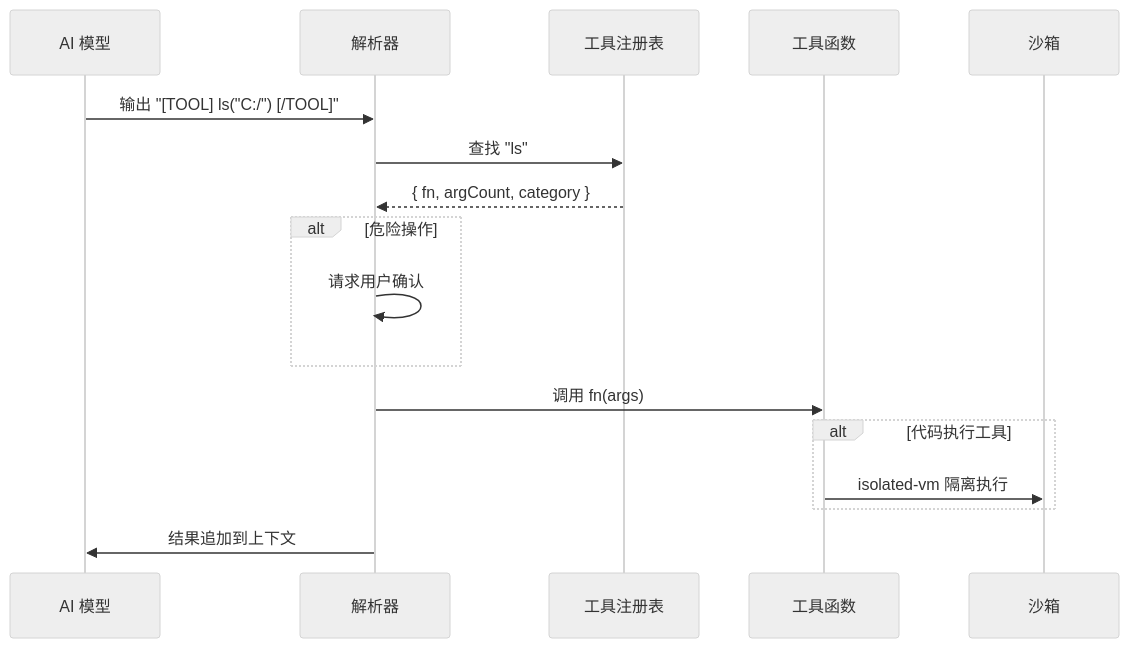
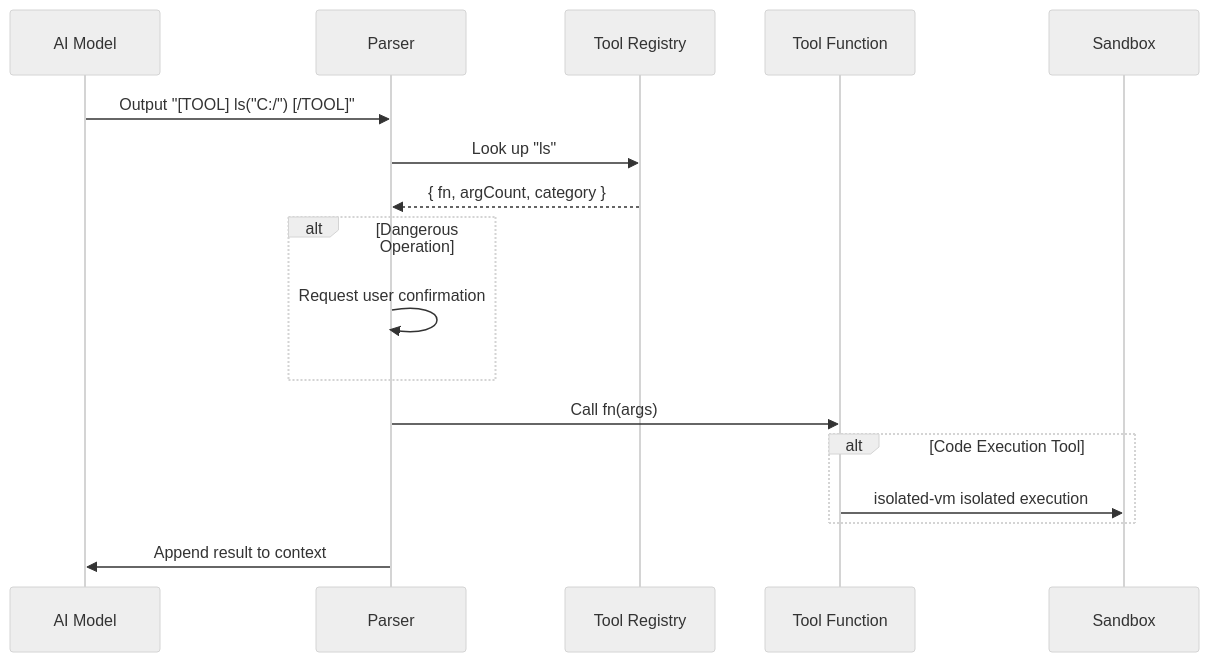
Before and after one commit to 1486853830/CogitoAgent: the fourth of 6 diagrams in README.md, drawn with Mermaid (neutral theme). The commit also changed other lines of this file and 2 other files, not shown here.

````diff
--- a/README.md
+++ b/README.md
@@ -1631,24 +1631,24 @@
 ```mermaid
 sequenceDiagram
-    participant AI as AI 模型
-    participant Parser as 解析器
-    participant Registry as 工具注册表
-    participant Tool as 工具函数
-    participant Sandbox as 沙箱
+    participant AI as AI Model
+    participant Parser as Parser
+    participant Registry as Tool Registry
+    participant Tool as Tool Function
+    participant Sandbox as Sandbox
     
-    AI->>Parser: 输出 "[TOOL] ls("C:/") [/TOOL]"
-    Parser->>Registry: 查找 "ls"
+    AI->>Parser: Output "[TOOL] ls("C:/") [/TOOL]"
+    Parser->>Registry: Look up "ls"
     Registry-->>Parser: { fn, argCount, category }
     
-    alt 危险操作
-        Parser->>Parser: 请求用户确认
+    alt Dangerous Operation
+        Parser->>Parser: Request user confirmation
     end
     
-    Parser->>Tool: 调用 fn(args)
+    Parser->>Tool: Call fn(args)
     
-    alt 代码执行工具
-        Tool->>Sandbox: isolated-vm 隔离执行
+    alt Code Execution Tool
+        Tool->>Sandbox: isolated-vm isolated execution
     end
     
-    Parser->>AI: 结果追加到上下文
+    Parser->>AI: Append result to context
 ```
````
